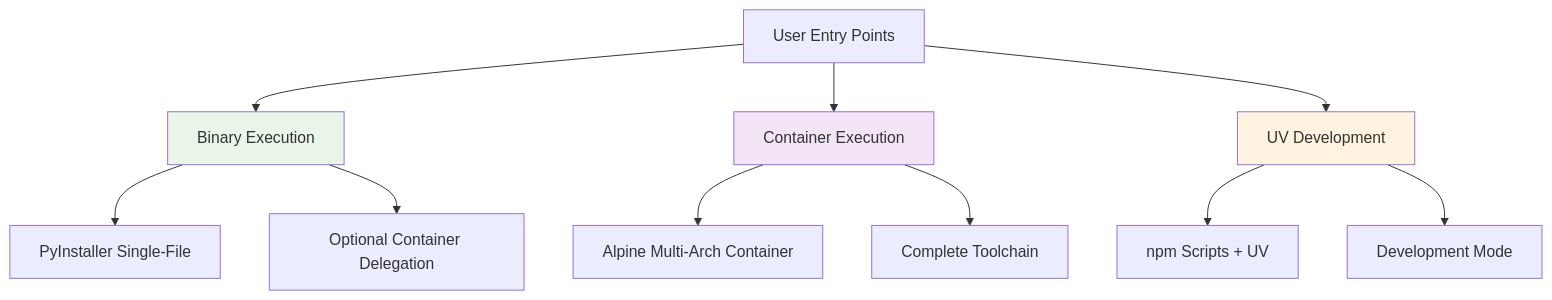
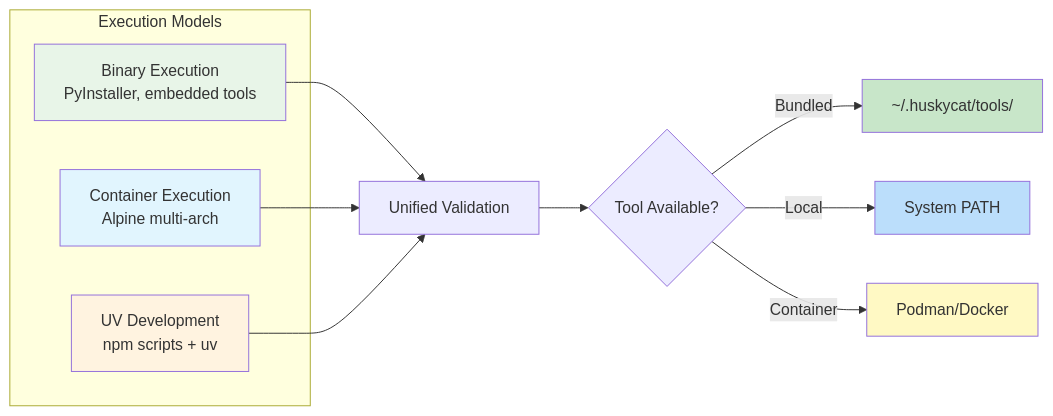
Before and after one commit to tinyland-inc/tinyland-huskycat: the second of 3 diagrams in README.md, drawn with Mermaid. The commit also changed other lines of this file and 8 other files, not shown here.

````diff
--- a/README.md
+++ b/README.md
@@ -11,19 +63,24 @@
 ```mermaid
-graph TB
-    A["User Entry Points"] --> B["Binary Execution"]
-    A --> C["Container Execution"]
-    A --> D["UV Development"]
+graph LR
+    subgraph "Execution Models"
+        A[Binary Execution<br/>PyInstaller, embedded tools]
+        B[Container Execution<br/>Alpine multi-arch]
+        C[UV Development<br/>npm scripts + uv]
+    end
 
-    B --> E["PyInstaller Single-File"]
-    B --> F["Optional Container Delegation"]
+    A --> D[Unified Validation]
+    B --> D
+    C --> D
 
-    C --> G["Alpine Multi-Arch Container"]
-    C --> H["Complete Toolchain"]
+    D --> E{Tool Available?}
+    E -->|Bundled| F[~/.huskycat/tools/]
+    E -->|Local| G[System PATH]
+    E -->|Container| H[Podman/Docker]
 
-    D --> I["npm Scripts + UV"]
-    D --> J["Development Mode"]
-
-    style B fill:#e8f5e8
-    style C fill:#f3e5f5
-    style D fill:#fff3e0
+    style A fill:#e8f5e8
+    style B fill:#e1f5fe
+    style C fill:#fff3e0
+    style F fill:#c8e6c9
+    style G fill:#bbdefb
+    style H fill:#fff9c4
 ```
````
